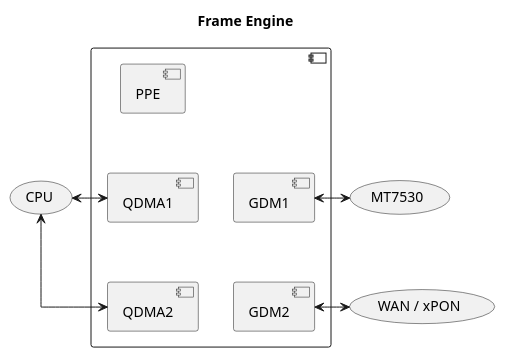
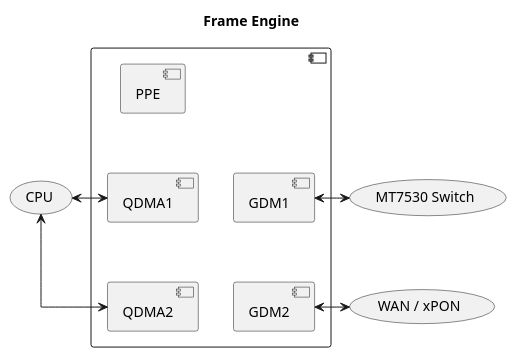
One commit to cjdelisle/econet-linux-wiki changed the diagram in hardware/EN751221/frame-engine.md. Above: the diagram before and after it, drawn with PlantUML. The commit also changed other lines of this file, not shown here.

````diff
--- a/hardware/EN751221/frame-engine.md
+++ b/hardware/EN751221/frame-engine.md
@@ -17,27 +21,26 @@
 ```plantuml
 @startuml FrameEngine
 skinparam linetype ortho
 skinparam backgroundColor #ffffff
 title "Frame Engine"
 
 component {
     component QDMA1
     component QDMA2
     component GDM1
     component GDM2
     component PPE
 }
 
 QDMA1 <-left-> (CPU)
 QDMA2 <-left-> (CPU)
 QDMA1 -[hidden]down-> QDMA2
 
 QDMA1 -[hidden]right-> GDM1
 QDMA2 -[hidden]right-> GDM2
 QDMA1 -[hidden]up-> PPE
 
-GDM1 <-right-> (MT7530)
+GDM1 <-right-> (MT7530 Switch)
 GDM2 <-right-> (WAN / xPON)
 @enduml
-
 ```
````
